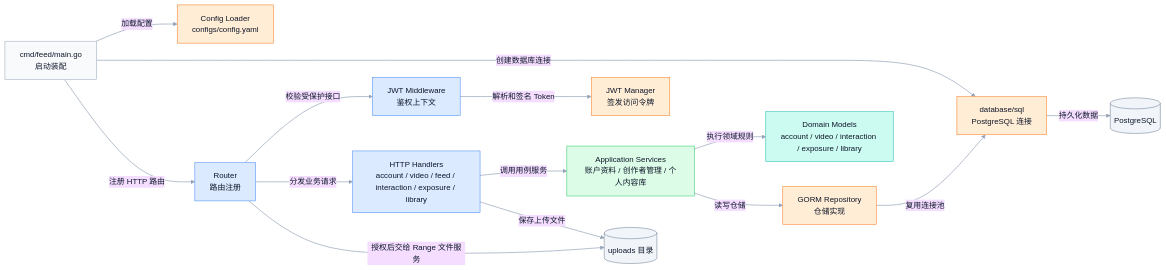
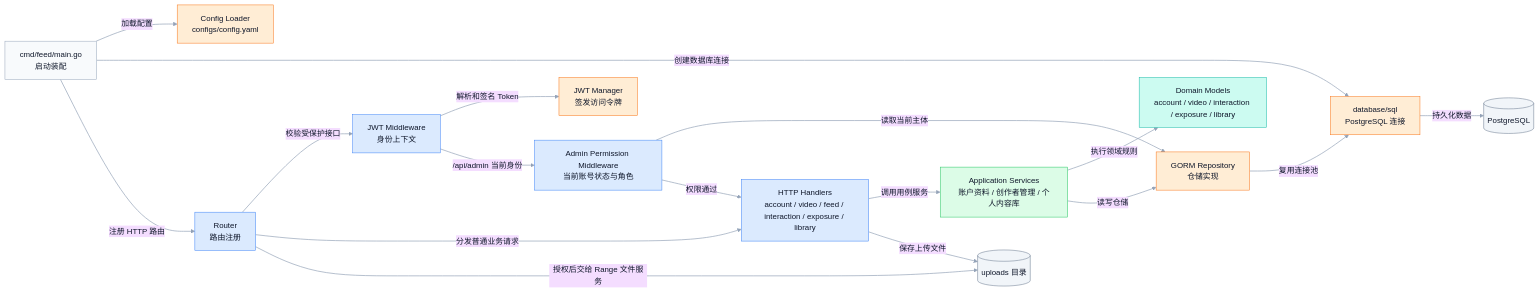
Before and after one commit to shiyudesu/frux: the second of 8 diagrams in docs/architecture.md, drawn with Mermaid. The commit also changed 23 other files, not shown here.

````diff
--- a/docs/architecture.md
+++ b/docs/architecture.md
@@ -59,57 +59,61 @@
 ```mermaid
 ---
 config:
   theme: base
   layout: dagre
   themeVariables:
     background: transparent
     fontFamily: Inter, PingFang SC, Microsoft YaHei, Arial
     primaryTextColor: "#0F172A"
     lineColor: "#94A3B8"
     clusterBkg: "#F8FAFC"
     clusterBorder: "#CBD5E1"
 ---
 flowchart LR
   %% Internal layering in apps/api
   classDef entry fill:#F8FAFC,stroke:#94A3B8,color:#0F172A,stroke-width:1px;
   classDef http fill:#DBEAFE,stroke:#3B82F6,color:#0F172A,stroke-width:1px;
   classDef service fill:#DCFCE7,stroke:#22C55E,color:#0F172A,stroke-width:1px;
   classDef domain fill:#CCFBF1,stroke:#14B8A6,color:#0F172A,stroke-width:1px;
   classDef infra fill:#FFEDD5,stroke:#F97316,color:#0F172A,stroke-width:1px;
   classDef store fill:#F1F5F9,stroke:#64748B,color:#0F172A,stroke-width:1px;
 
   Entry["cmd/feed/main.go<br/>启动装配"]
   Router["Router<br/>路由注册"]
-  Auth["JWT Middleware<br/>鉴权上下文"]
+  Auth["JWT Middleware<br/>身份上下文"]
+  AdminAuth["Admin Permission Middleware<br/>当前账号状态与角色"]
   Handlers["HTTP Handlers<br/>account / video / feed / interaction / exposure / library"]
   Services["Application Services<br/>账户资料 / 创作者管理 / 个人内容库"]
   Domains["Domain Models<br/>account / video / interaction / exposure / library"]
   Config["Config Loader<br/>configs/config.yaml"]
   JWT["JWT Manager<br/>签发访问令牌"]
   Repo["GORM Repository<br/>仓储实现"]
   SQL["database/sql<br/>PostgreSQL 连接"]
   PostgreSQL[("PostgreSQL")]
   Uploads[("uploads 目录")]
 
   Entry -->|"加载配置"| Config
   Entry -->|"创建数据库连接"| SQL
   Entry -->|"注册 HTTP 路由"| Router
   Router -->|"校验受保护接口"| Auth
   Auth -->|"解析和签名 Token"| JWT
-  Router -->|"分发业务请求"| Handlers
+  Auth -->|"/api/admin 当前身份"| AdminAuth
+  AdminAuth -->|"读取当前主体"| Repo
+  AdminAuth -->|"权限通过"| Handlers
+  Router -->|"分发普通业务请求"| Handlers
   Handlers -->|"调用用例服务"| Services
   Services -->|"执行领域规则"| Domains
   Services -->|"读写仓储"| Repo
   Repo -->|"复用连接池"| SQL
   SQL -->|"持久化数据"| PostgreSQL
   Handlers -->|"保存上传文件"| Uploads
   Router -->|"授权后交给 Range 文件服务"| Uploads
 
   class Entry entry;
-  class Router,Auth,Handlers http;
+  class Router,Auth,AdminAuth,Handlers http;
   class Services service;
   class Domains domain;
   class Config,JWT,Repo,SQL infra;
   class PostgreSQL,Uploads store;
   linkStyle default stroke:#94A3B8,stroke-width:1.4px
 ```
````
